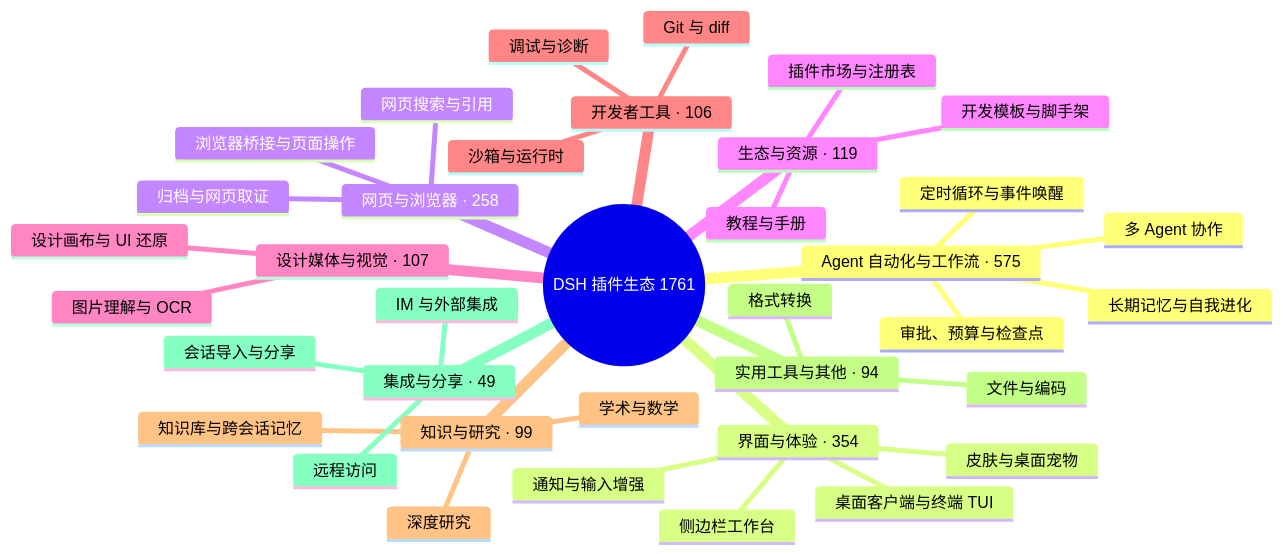
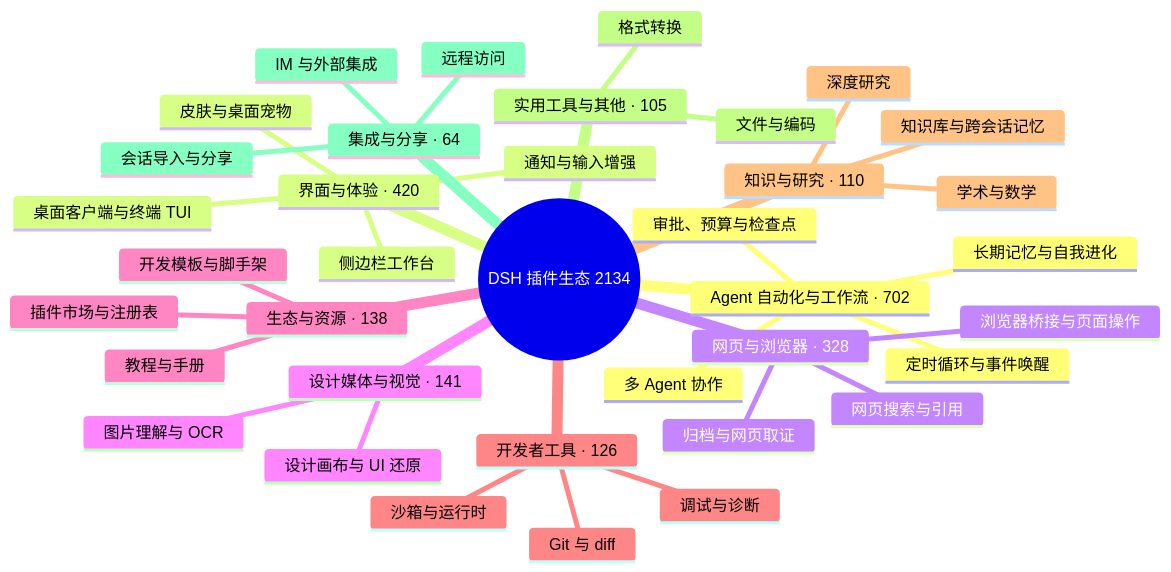
Before and after one commit to PGZXB/awesome-dsh-plugin-3: the diagram in README.md, drawn with Mermaid. The commit also changed other lines of this file and 12 other files, not shown here.

````diff
--- a/README.md
+++ b/README.md
@@ -32,40 +170,40 @@
 ```mermaid
 mindmap
-  root((DSH 插件生态 1761))
-    Agent 自动化与工作流 · 575
+  root((DSH 插件生态 2134))
+    Agent 自动化与工作流 · 702
       定时循环与事件唤醒
       多 Agent 协作
       长期记忆与自我进化
       审批、预算与检查点
-    界面与体验 · 354
+    界面与体验 · 420
       桌面客户端与终端 TUI
       侧边栏工作台
       皮肤与桌面宠物
       通知与输入增强
-    网页与浏览器 · 258
+    网页与浏览器 · 328
       浏览器桥接与页面操作
       网页搜索与引用
       归档与网页取证
-    生态与资源 · 119
+    设计媒体与视觉 · 141
+      图片理解与 OCR
+      设计画布与 UI 还原
+    生态与资源 · 138
       插件市场与注册表
       开发模板与脚手架
       教程与手册
-    设计媒体与视觉 · 107
-      图片理解与 OCR
-      设计画布与 UI 还原
-    开发者工具 · 106
+    开发者工具 · 126
       Git 与 diff
       沙箱与运行时
       调试与诊断
-    知识与研究 · 99
+    知识与研究 · 110
       知识库与跨会话记忆
       深度研究
       学术与数学
-    实用工具与其他 · 94
+    实用工具与其他 · 105
       文件与编码
       格式转换
-    集成与分享 · 49
+    集成与分享 · 64
       会话导入与分享
       远程访问
       IM 与外部集成
 ```
````
